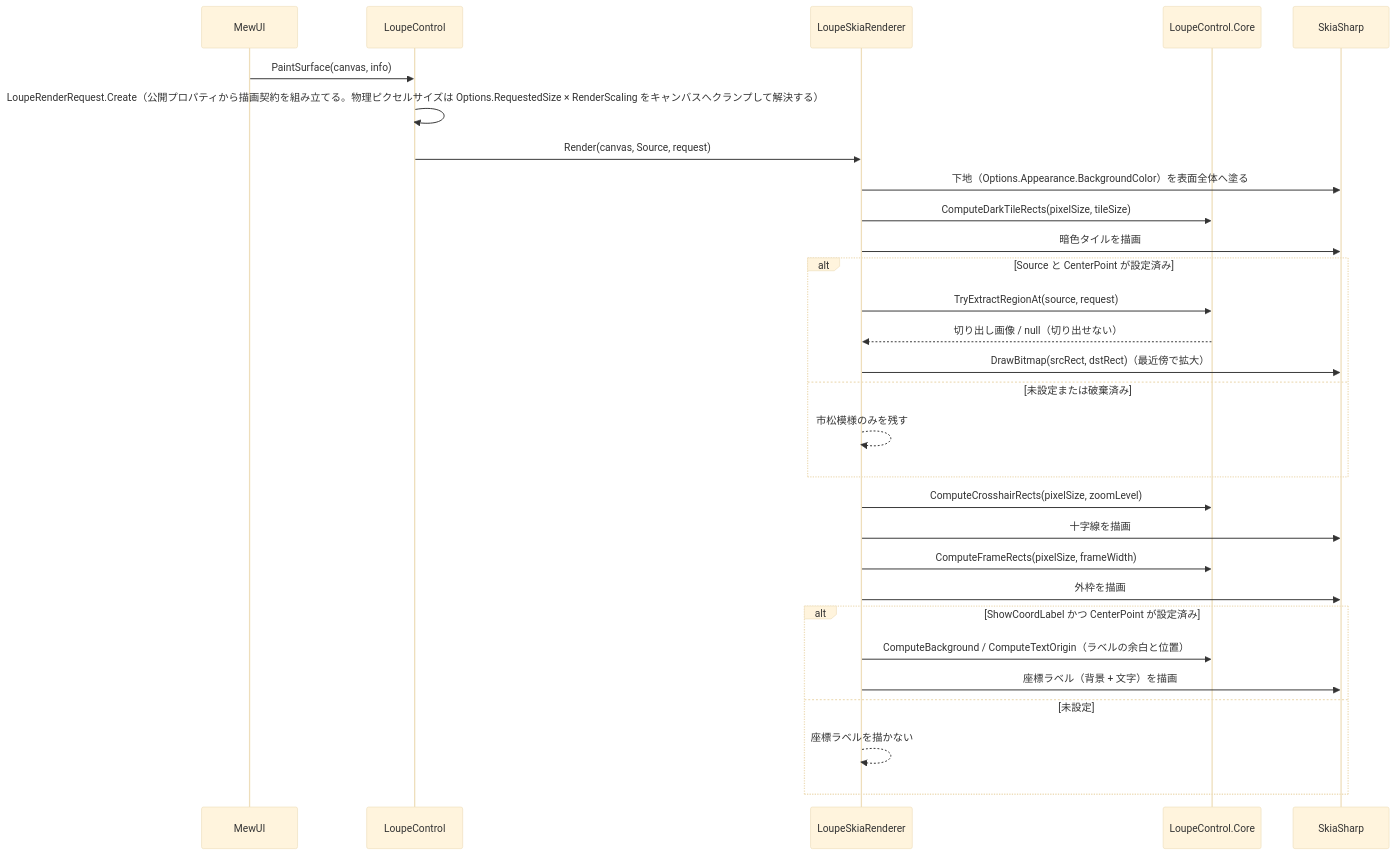
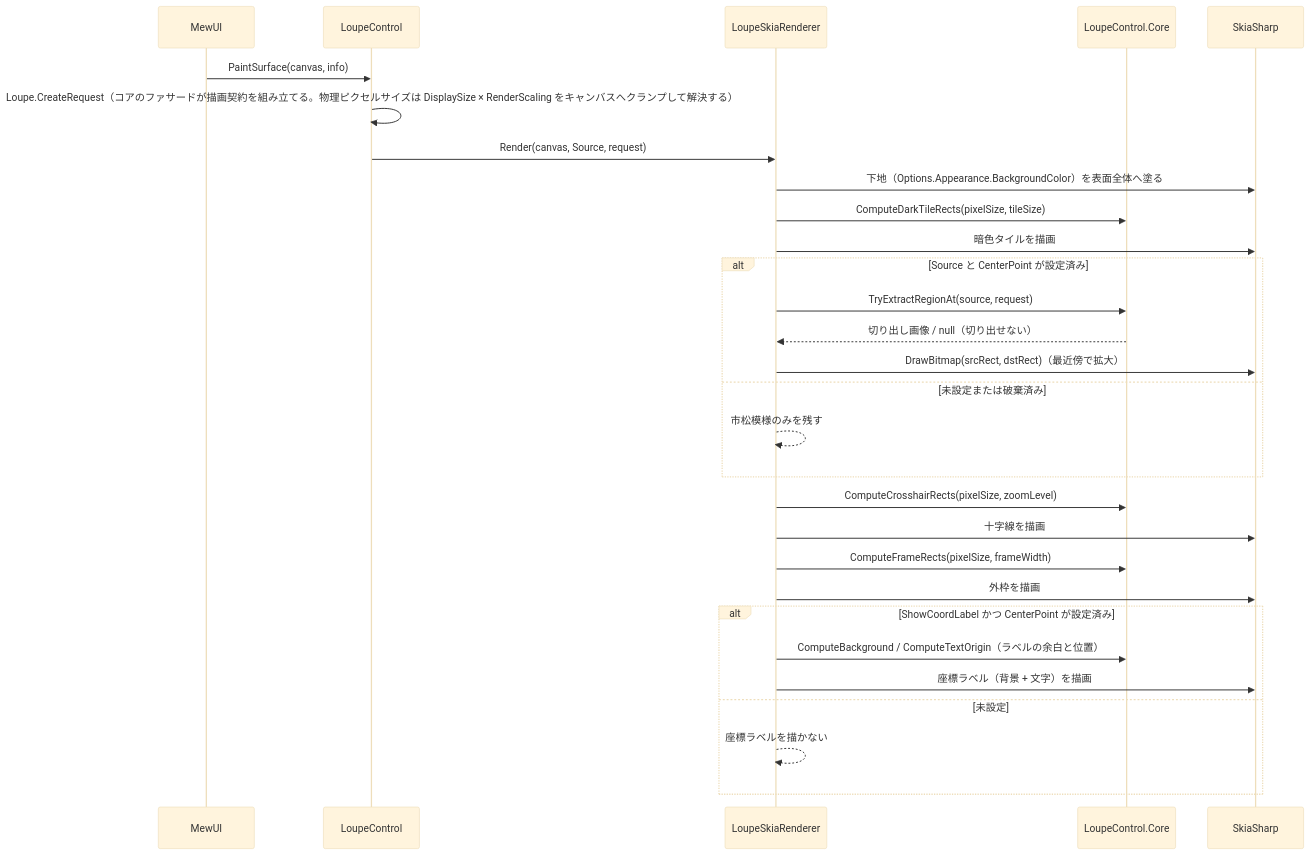
The second of 2 diagrams in src/LoupeControl.MewUI/SPEC_System.md (tomokuni/SaveEvidence), drawn with Mermaid (base theme) before and after one commit. The commit also changed other lines of this file and 201 other files, not shown here.

````diff
--- a/src/LoupeControl.MewUI/SPEC_System.md
+++ b/src/LoupeControl.MewUI/SPEC_System.md
@@ -176,32 +186,32 @@
 ```mermaid
 sequenceDiagram
     participant MW as MewUI
     participant LC as LoupeControl
     participant R as LoupeSkiaRenderer
     participant C as LoupeControl.Core
     participant SK as SkiaSharp
 
     MW->>LC: PaintSurface(canvas, info)
-    LC->>LC: LoupeRenderRequest.Create（公開プロパティから描画契約を組み立てる。物理ピクセルサイズは Options.RequestedSize × RenderScaling をキャンバスへクランプして解決する）
+    LC->>LC: Loupe.CreateRequest（コアのファサードが描画契約を組み立てる。物理ピクセルサイズは DisplaySize × RenderScaling をキャンバスへクランプして解決する）
     LC->>R: Render(canvas, Source, request)
     R->>SK: 下地（Options.Appearance.BackgroundColor）を表面全体へ塗る
     R->>C: ComputeDarkTileRects(pixelSize, tileSize)
     R->>SK: 暗色タイルを描画
     alt Source と CenterPoint が設定済み
         R->>C: TryExtractRegionAt(source, request)
         C-->>R: 切り出し画像 / null（切り出せない）
         R->>SK: DrawBitmap(srcRect, dstRect)（最近傍で拡大）
     else 未設定または破棄済み
         R-->>R: 市松模様のみを残す
     end
     R->>C: ComputeCrosshairRects(pixelSize, zoomLevel)
     R->>SK: 十字線を描画
     R->>C: ComputeFrameRects(pixelSize, frameWidth)
     R->>SK: 外枠を描画
     alt ShowCoordLabel かつ CenterPoint が設定済み
         R->>C: ComputeBackground / ComputeTextOrigin（ラベルの余白と位置）
         R->>SK: 座標ラベル（背景 + 文字）を描画
     else 未設定
         R-->>R: 座標ラベルを描かない
     end
 ```
````
